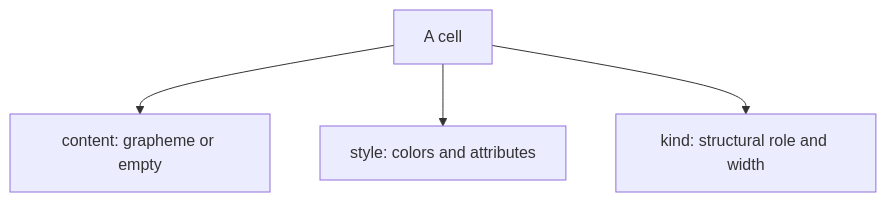
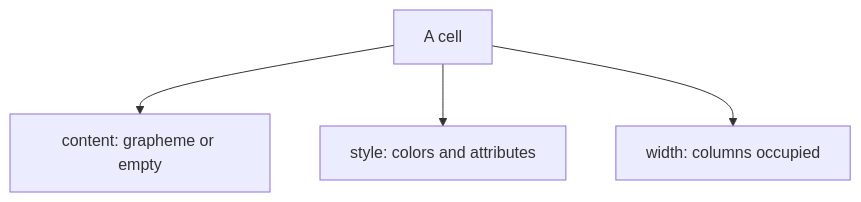
One commit to aymanbagabas/uncurses changed the diagram in website/content/docs/concepts/cells.md. Above: the diagram before and after it, drawn with Mermaid. The commit also changed other lines of this file and 45 other files, not shown here.

First line of the commit message:
feat(text)!: let a cell own any number of columns (#74)

````diff
--- a/website/content/docs/concepts/cells.md
+++ b/website/content/docs/concepts/cells.md
@@ -15,6 +15,6 @@
 ```mermaid
 flowchart TB
   cell["A cell"] --> txt["content: grapheme or empty"]
   cell --> look["style: colors and attributes"]
-  cell --> cols["kind: structural role and width"]
+  cell --> cols["width: columns occupied"]
 ```
````
